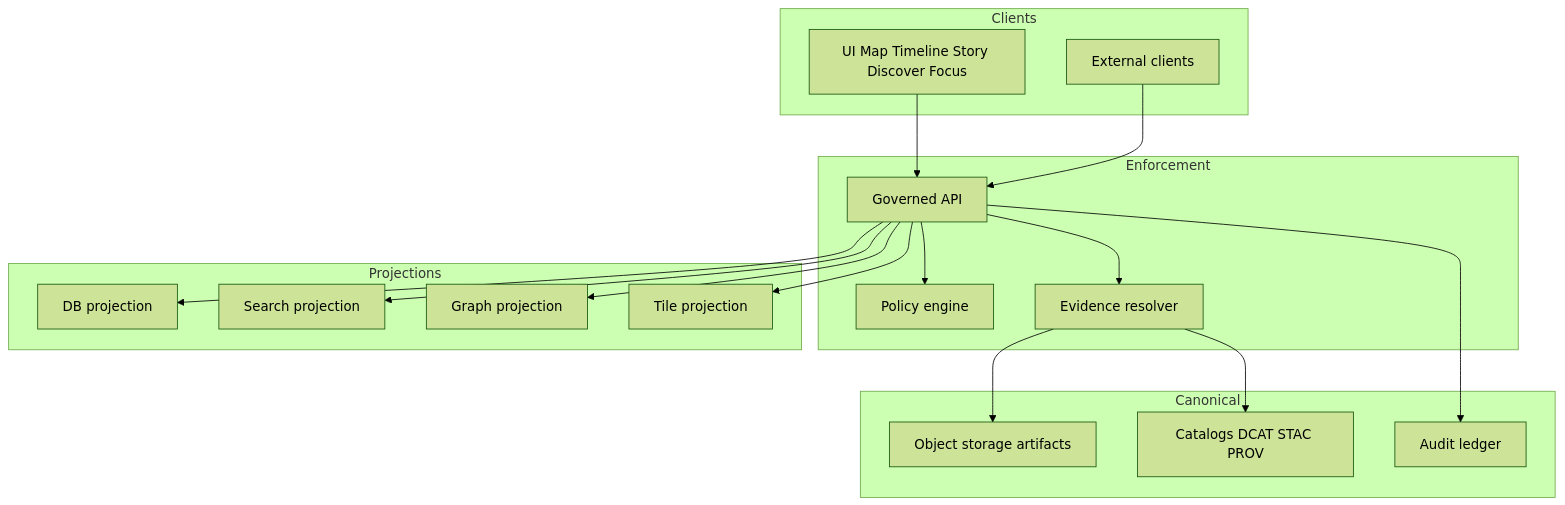
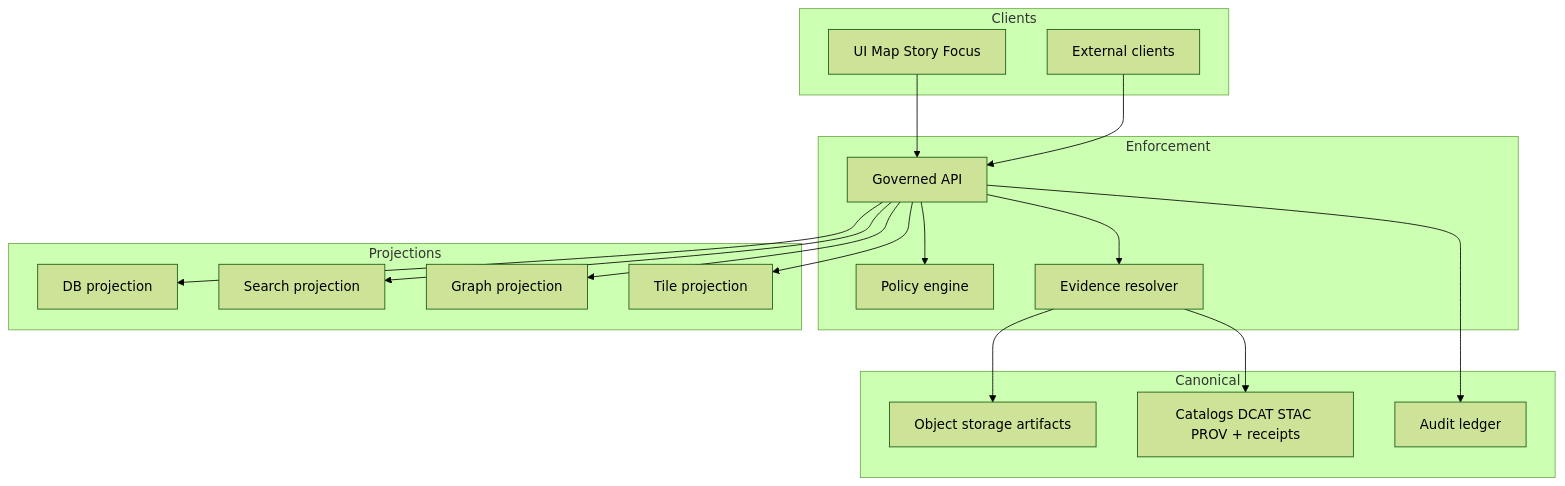
The second of 3 diagrams in README.md (bartytime4life/Kansas-Frontier-Matrix), drawn with Mermaid (forest theme) before and after one commit. The commit also changed other lines of this file, not shown here.

```diff
--- a/README.md
+++ b/README.md
@@ -280,38 +225,38 @@
 ~~~mermaid
 flowchart TB
   subgraph Clients
-    UI[UI Map Timeline Story Discover Focus]
+    UI[UI Map Story Focus]
     EXT[External clients]
   end
 
   subgraph Enforcement
     API[Governed API]
     POL[Policy engine]
     EV[Evidence resolver]
   end
 
   subgraph Canonical
     OBJ[Object storage artifacts]
-    CAT[Catalogs DCAT STAC PROV]
+    CAT[Catalogs DCAT STAC PROV + receipts]
     AUD[Audit ledger]
   end
 
   subgraph Projections
     DB[DB projection]
     SRCH[Search projection]
     GR[Graph projection]
     TL[Tile projection]
   end
 
   UI --> API
   EXT --> API
   API --> POL
   API --> EV
   EV --> CAT
   EV --> OBJ
   API --> DB
   API --> SRCH
   API --> GR
   API --> TL
   API --> AUD
 ~~~
```
